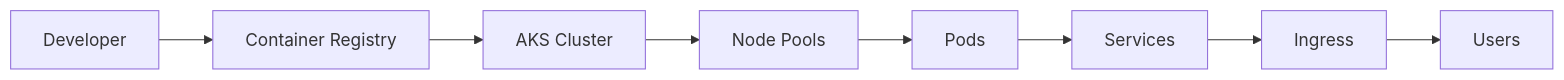
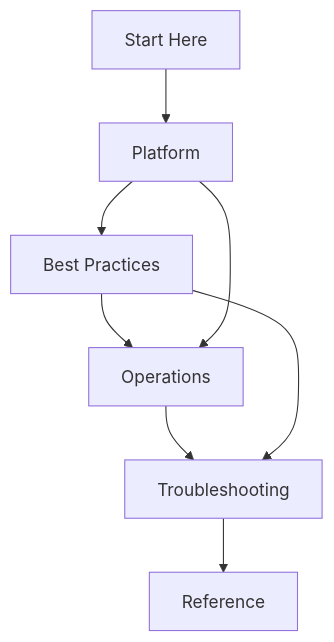
Before and after one commit to yeongseon/azure-kubernetes-service-practical-guide: the diagram in docs/index.md, drawn with Mermaid. The commit also changed other lines of this file and 116 other files, not shown here.

````diff
--- a/docs/index.md
+++ b/docs/index.md
@@ -5,10 +5,10 @@
 ```mermaid
-graph LR
-    A[Developer] --> B[Container Registry]
-    B --> C[AKS Cluster]
-    C --> D[Node Pools]
-    D --> E[Pods]
-    E --> F[Services]
-    F --> G[Ingress]
-    G --> H[Users]
+graph TD
+    A[Start Here] --> B[Platform]
+    B --> C[Best Practices]
+    C --> D[Operations]
+    D --> E[Troubleshooting]
+    E --> F[Reference]
+    B --> D
+    C --> E
 ```
````
